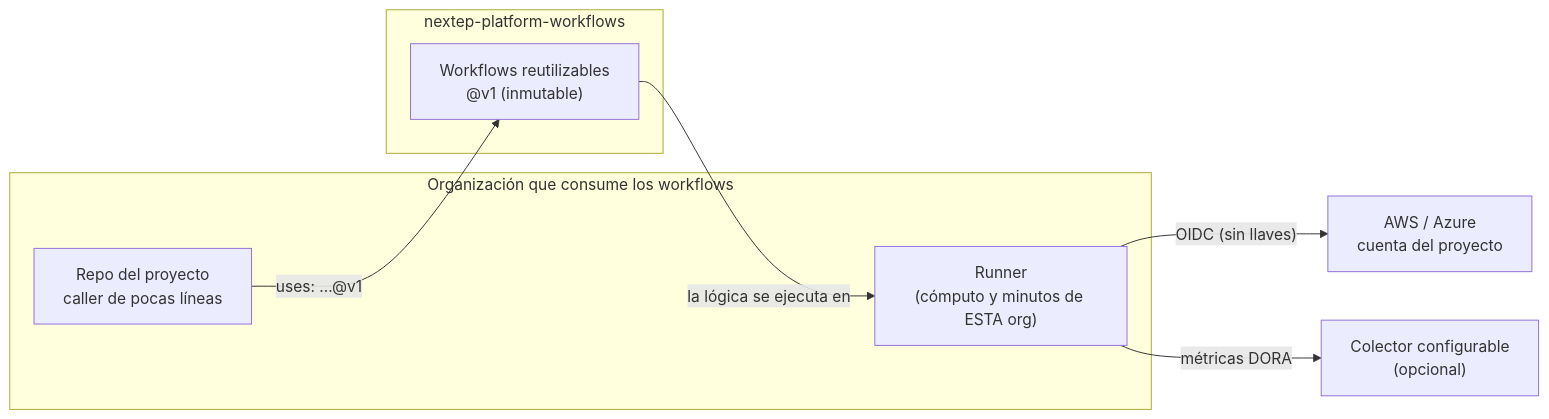
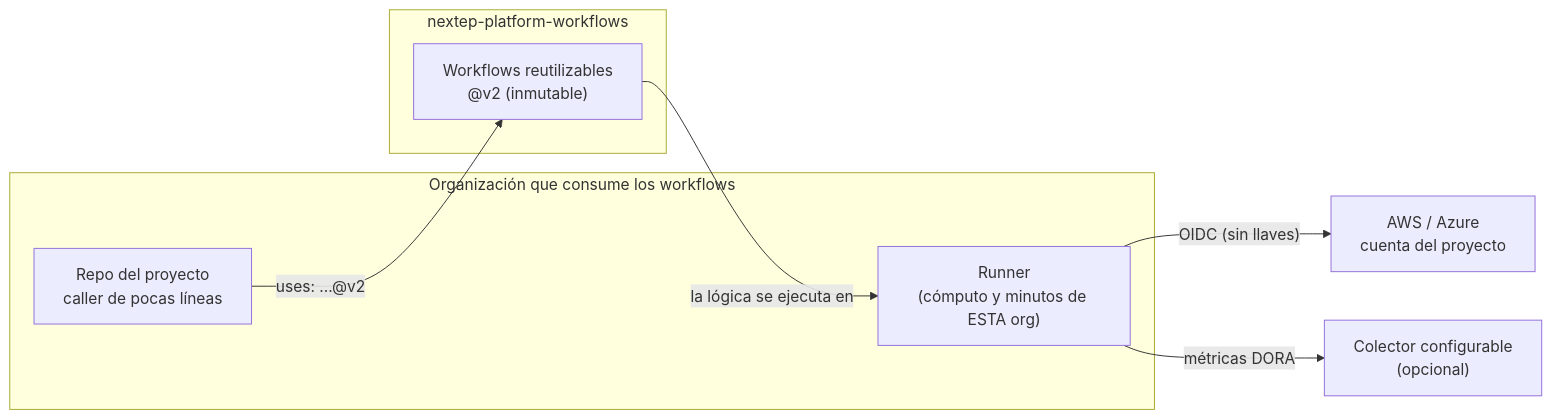
The diagram in README.md (Nextep-xyz/nextep-platform-workflows), drawn with Mermaid before and after one commit. The commit also changed other lines of this file and 9 other files, not shown here.

````diff
--- a/README.md
+++ b/README.md
@@ -35,14 +35,14 @@
 ```mermaid
 flowchart LR
     subgraph ORG["Organización que consume los workflows"]
         R["Repo del proyecto<br/>caller de pocas líneas"]
         RUN["Runner<br/>(cómputo y minutos de ESTA org)"]
     end
     subgraph PLAT["nextep-platform-workflows"]
-        W["Workflows reutilizables<br/>@v1 (inmutable)"]
+        W["Workflows reutilizables<br/>@v2 (inmutable)"]
     end
-    R -->|"uses: ...@v1"| W
+    R -->|"uses: ...@v2"| W
     W -->|"la lógica se ejecuta en"| RUN
     RUN -->|"OIDC (sin llaves)"| CLOUD["AWS / Azure<br/>cuenta del proyecto"]
     RUN -->|"métricas DORA"| COL["Colector configurable<br/>(opcional)"]
 ```
````
